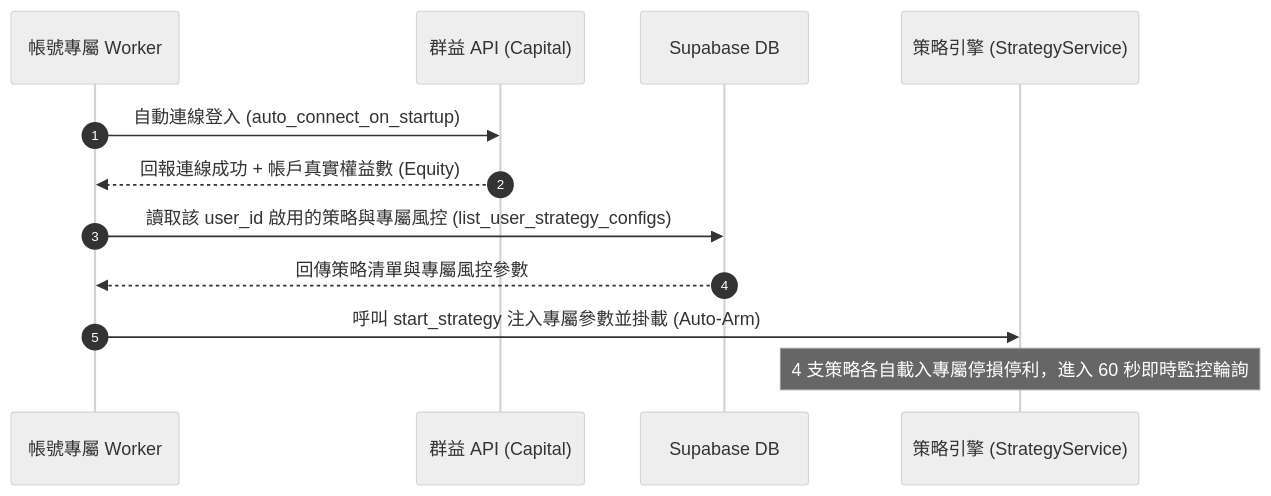
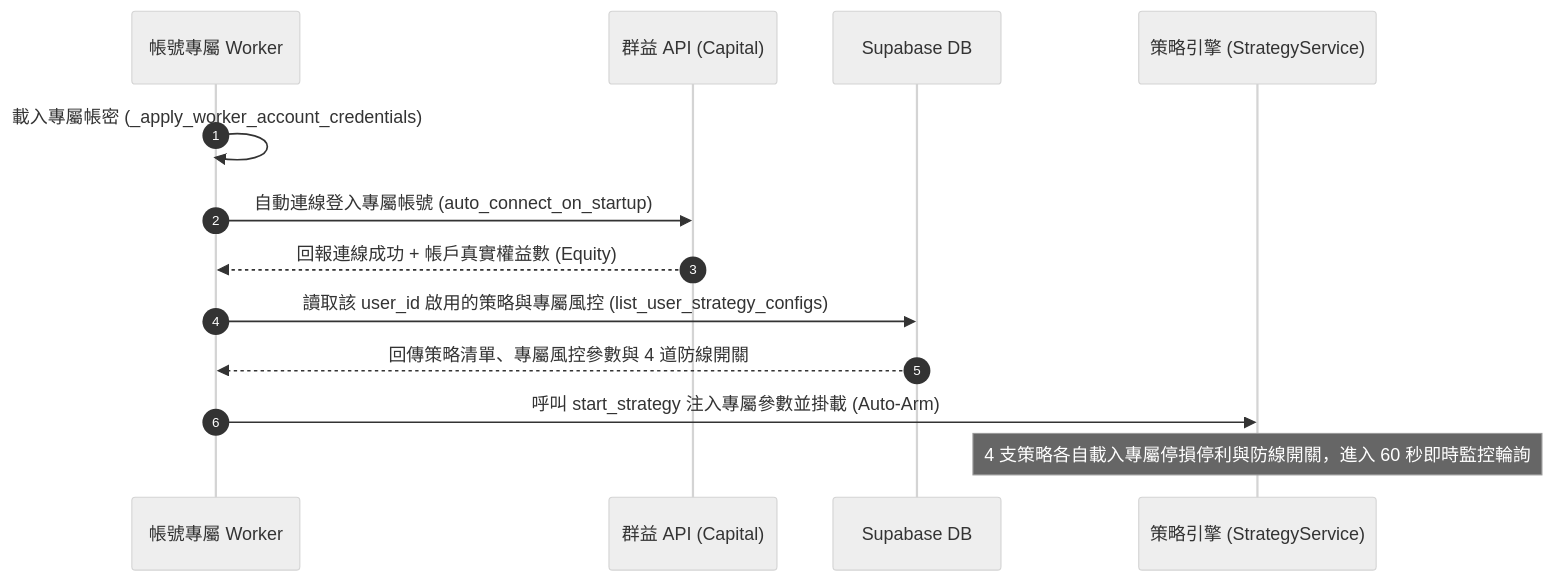
One commit to iatinleong/TMF_trading changed the first of 2 diagrams in docs/live_trading_flow.md. Above: the diagram before and after it, drawn with Mermaid (neutral theme). The commit also changed other lines of this file, not shown here.

Commit message:
docs: update live_trading_flow.md with data-feed isolation, 4 layer toggles, and auto-arm sequence

````diff
--- a/docs/live_trading_flow.md
+++ b/docs/live_trading_flow.md
@@ -63,15 +70,16 @@
 ```mermaid
 sequenceDiagram
     autonumber
     participant W as 帳號專屬 Worker
     participant B as 群益 API (Capital)
     participant DB as Supabase DB
     participant S as 策略引擎 (StrategyService)
 
-    W->>B: 自動連線登入 (auto_connect_on_startup)
+    W->>W: 載入專屬帳密 (_apply_worker_account_credentials)
+    W->>B: 自動連線登入專屬帳號 (auto_connect_on_startup)
     B-->>W: 回報連線成功 + 帳戶真實權益數 (Equity)
     W->>DB: 讀取該 user_id 啟用的策略與專屬風控 (list_user_strategy_configs)
-    DB-->>W: 回傳策略清單與專屬風控參數
+    DB-->>W: 回傳策略清單、專屬風控參數與 4 道防線開關
     W->>S: 呼叫 start_strategy 注入專屬參數並掛載 (Auto-Arm)
-    Note over S: 4 支策略各自載入專屬停損停利，進入 60 秒即時監控輪詢
+    Note over S: 4 支策略各自載入專屬停損停利與防線開關，進入 60 秒即時監控輪詢
 ```
````
